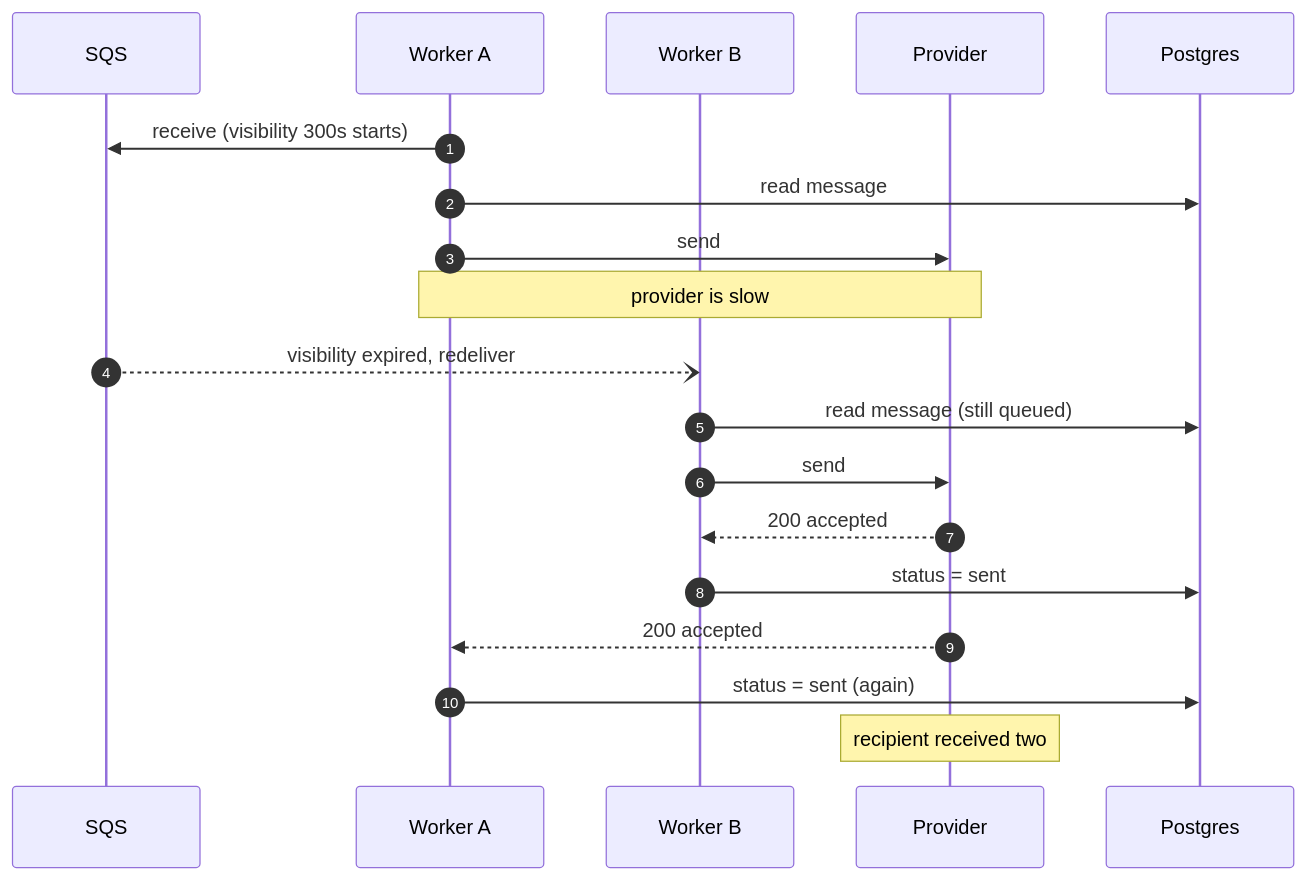
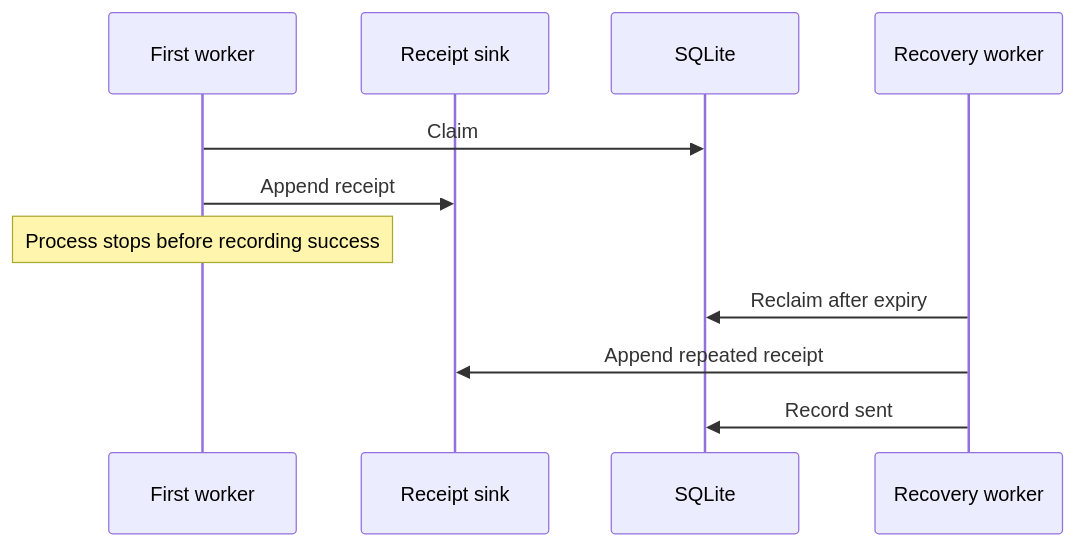
One commit to skippednote/axelerant-documentation-skill-reference changed the diagram in sample/dispatch/docs/explanation/delivery-semantics.md. Above: the diagram before and after it, drawn with Mermaid. The commit also changed other lines of this file and 93 other files, not shown here.

````diff
--- a/sample/dispatch/docs/explanation/delivery-semantics.md
+++ b/sample/dispatch/docs/explanation/delivery-semantics.md
@@ -18,22 +13,13 @@
 ```mermaid
 sequenceDiagram
-    autonumber
-    participant Q as SQS
-    participant W1 as Worker A
-    participant W2 as Worker B
-    participant P as Provider
-    participant DB as Postgres
-
-    W1->>Q: receive (visibility 300s starts)
-    W1->>DB: read message
-    W1->>P: send
-    Note over W1,P: provider is slow
-    Q--)W2: visibility expired, redeliver
-    W2->>DB: read message (still queued)
-    W2->>P: send
-    P-->>W2: 200 accepted
-    W2->>DB: status = sent
-    P-->>W1: 200 accepted
-    W1->>DB: status = sent (again)
-    Note over P: recipient received two
+  participant W1 as First worker
+  participant S as Receipt sink
+  participant Q as SQLite
+  participant W2 as Recovery worker
+  W1->>Q: Claim
+  W1->>S: Append receipt
+  Note over W1: Process stops before recording success
+  W2->>Q: Reclaim after expiry
+  W2->>S: Append repeated receipt
+  W2->>Q: Record sent
 ```
````
